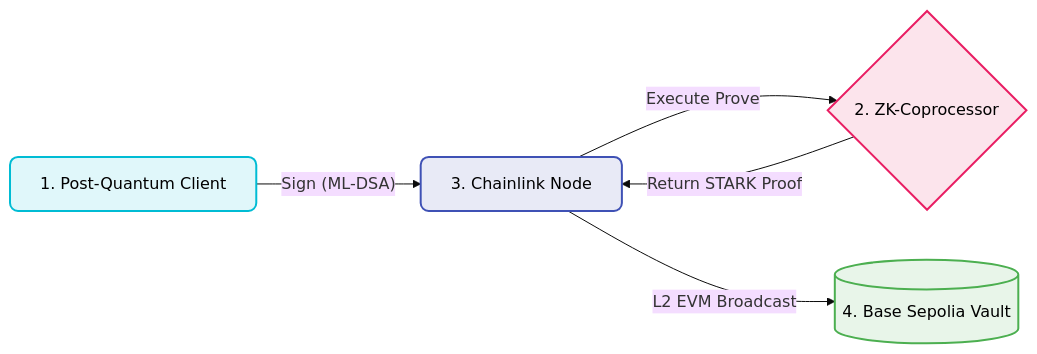
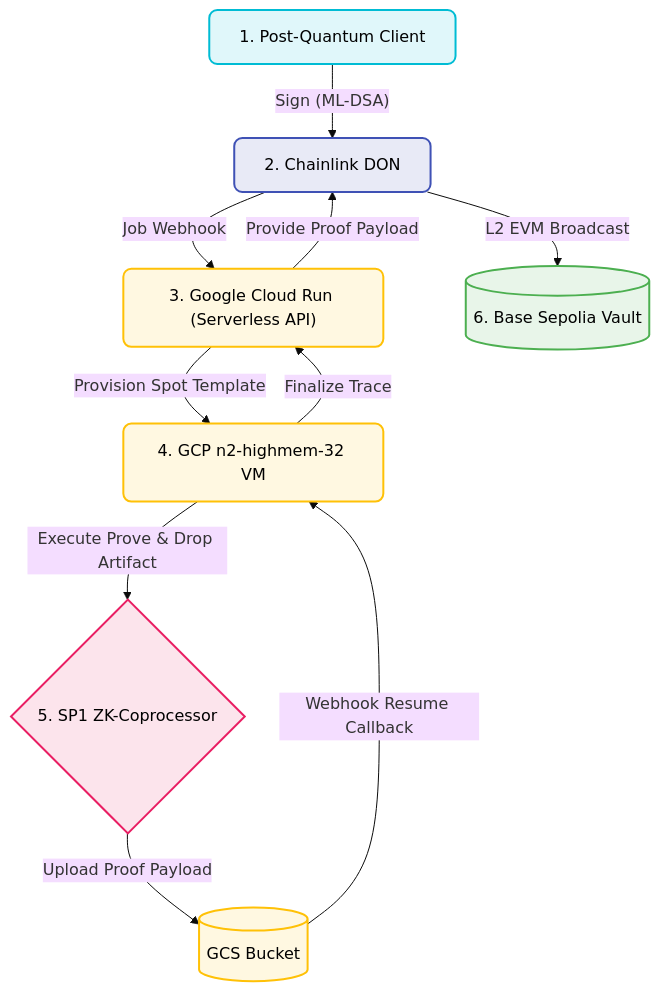
The diagram in README.md (vjb/quantum-safe-cre), drawn with Mermaid (base theme) before and after one commit. The commit also changed other lines of this file, not shown here.

Commit message:
docs: enhanced the architecture diagram detailing GCP bounds

````diff
--- a/README.md
+++ b/README.md
@@ -30,12 +30,18 @@
 ```mermaid
-graph LR
+graph TD
     classDef client fill:#E0F7FA,stroke:#00BCD4,stroke-width:2px,color:#000000,rx:8px,ry:8px;
     classDef zk fill:#FCE4EC,stroke:#E91E63,stroke-width:2px,color:#000000,rx:8px,ry:8px;
     classDef link fill:#E8EAF6,stroke:#3F51B5,stroke-width:2px,color:#000000,rx:8px,ry:8px;
     classDef base fill:#E8F5E9,stroke:#4CAF50,stroke-width:2px,color:#000000,rx:8px,ry:8px;
+    classDef gcp fill:#FFF8E1,stroke:#FFC107,stroke-width:2px,color:#000000,rx:8px,ry:8px;
 
-    Client["1. Post-Quantum Client"]:::client -->|"Sign (ML-DSA)"| DON["3. Chainlink Node"]:::link
-    DON -->|"Execute Prove"| SP1{"2. ZK-Coprocessor"}:::zk
-    SP1 -->|"Return STARK Proof"| DON
-    DON -->|"L2 EVM Broadcast"| L2[("4. Base Sepolia Vault")]:::base
+    Client["1. Post-Quantum Client"]:::client -->|"Sign (ML-DSA)"| DON["2. Chainlink DON"]:::link
+    DON -->|"Job Webhook"| CR["3. Google Cloud Run (Serverless API)"]:::gcp
+    CR -->|"Provision Spot Template"| GCP["4. GCP n2-highmem-32 VM"]:::gcp
+    GCP -->|"Execute Prove & Drop Artifact"| SP1{"5. SP1 ZK-Coprocessor"}:::zk
+    SP1 -->|"Upload Proof Payload"| Storage[("GCS Bucket")]:::gcp
+    Storage -->|"Webhook Resume Callback"| GCP
+    GCP -->|"Finalize Trace"| CR
+    CR -->|"Provide Proof Payload"| DON
+    DON -->|"L2 EVM Broadcast"| L2[("6. Base Sepolia Vault")]:::base
 ```
````
